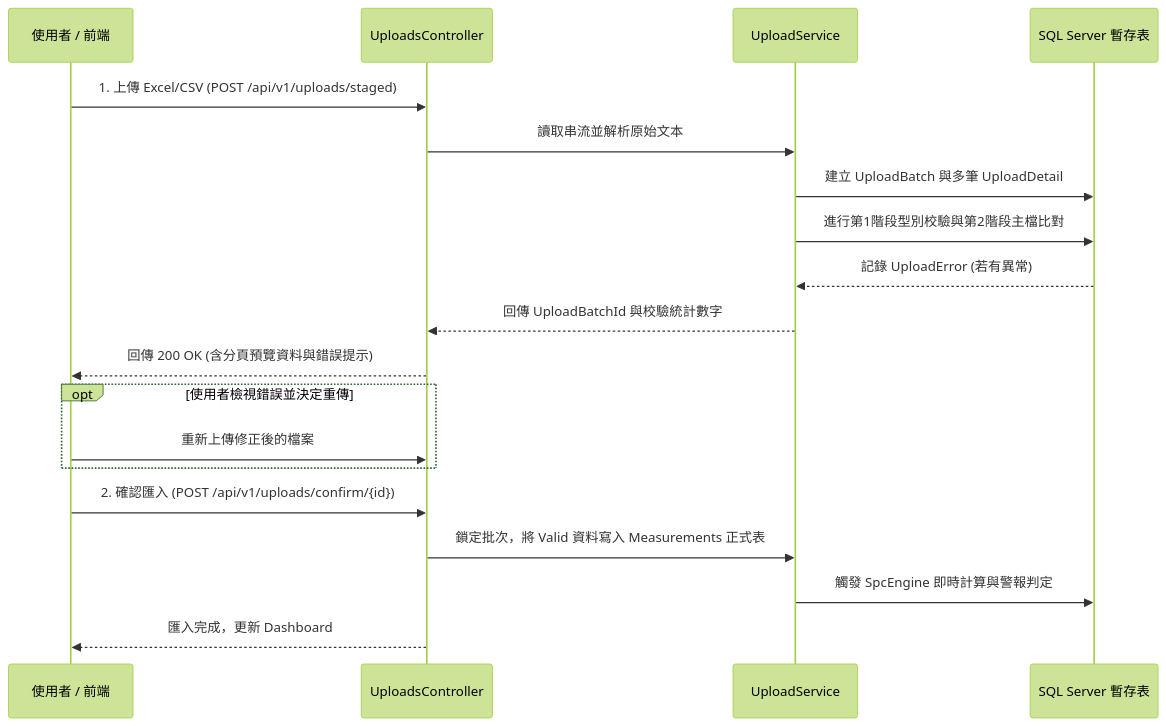
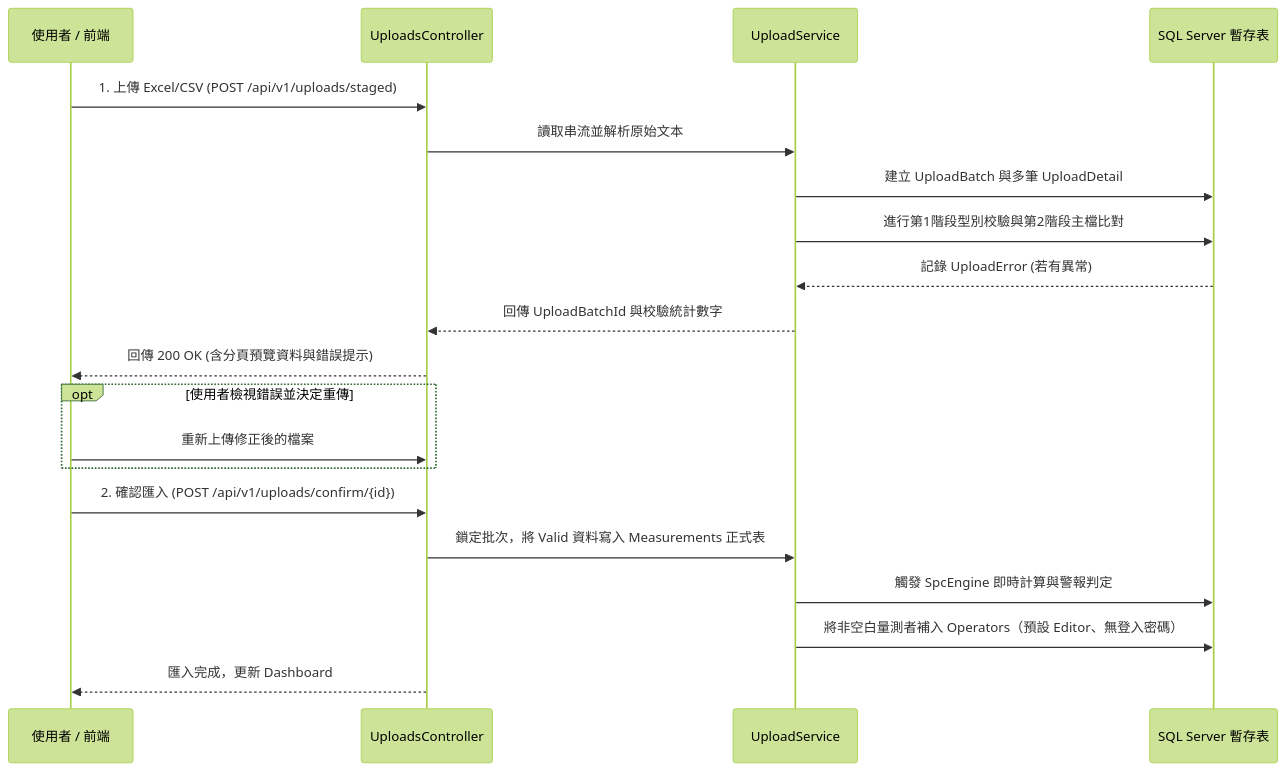
Before and after one commit to Howard0418/SPC: the diagram in ai_docs/import-formats/import_specification.md, drawn with Mermaid (forest theme). The commit also changed other lines of this file and 256 other files, not shown here.

````diff
--- a/ai_docs/import-formats/import_specification.md
+++ b/ai_docs/import-formats/import_specification.md
@@ -9,24 +9,25 @@
 ```mermaid
 sequenceDiagram
     participant U as 使用者 / 前端
     participant API as UploadsController
     participant S as UploadService
     participant DB as SQL Server 暫存表
 
     U->>API: 1. 上傳 Excel/CSV (POST /api/v1/uploads/staged)
     API->>S: 讀取串流並解析原始文本
     S->>DB: 建立 UploadBatch 與多筆 UploadDetail
     S->>DB: 進行第1階段型別校驗與第2階段主檔比對
     DB-->>S: 記錄 UploadError (若有異常)
     S-->>API: 回傳 UploadBatchId 與校驗統計數字
     API-->>U: 回傳 200 OK (含分頁預覽資料與錯誤提示)
 
     opt 使用者檢視錯誤並決定重傳
         U->>API: 重新上傳修正後的檔案
     end
 
     U->>API: 2. 確認匯入 (POST /api/v1/uploads/confirm/{id})
     API->>S: 鎖定批次，將 Valid 資料寫入 Measurements 正式表
     S->>DB: 觸發 SpcEngine 即時計算與警報判定
+    S->>DB: 將非空白量測者補入 Operators（預設 Editor、無登入密碼）
     API-->>U: 匯入完成，更新 Dashboard
 ```
````
